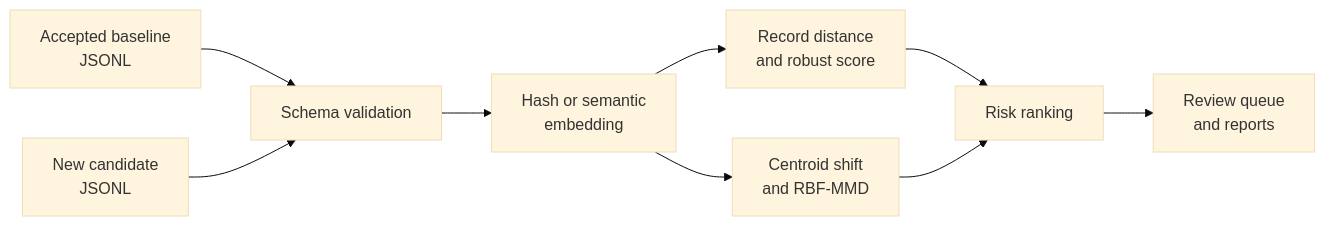
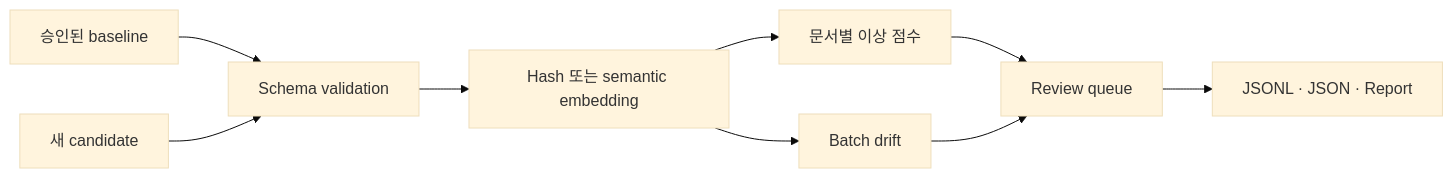
One commit to yoon-chan-hyeok/ocr-quality-monitoring changed the diagram in README.md. Above: the diagram before and after it, drawn with Mermaid (base theme). The commit also changed other lines of this file, not shown here.

Commit message:
docs: rewrite README for technical review

````diff
--- a/README.md
+++ b/README.md
@@ -39,11 +53,11 @@
 ```mermaid
 flowchart LR
-    A["Accepted baseline<br/>JSONL"] --> V["Schema validation"]
-    B["New candidate<br/>JSONL"] --> V
-    V --> E["Hash or semantic<br/>embedding"]
-    E --> N["Record distance<br/>and robust score"]
-    E --> G["Centroid shift<br/>and RBF-MMD"]
-    N --> R["Risk ranking"]
+    A["승인된 baseline"] --> V["Schema validation"]
+    B["새 candidate"] --> V
+    V --> E["Hash 또는 semantic embedding"]
+    E --> N["문서별 이상 점수"]
+    E --> G["Batch drift"]
+    N --> R["Review queue"]
     G --> R
-    R --> Q["Review queue<br/>and reports"]
+    R --> Q["JSONL · JSON · Report"]
 ```
````
